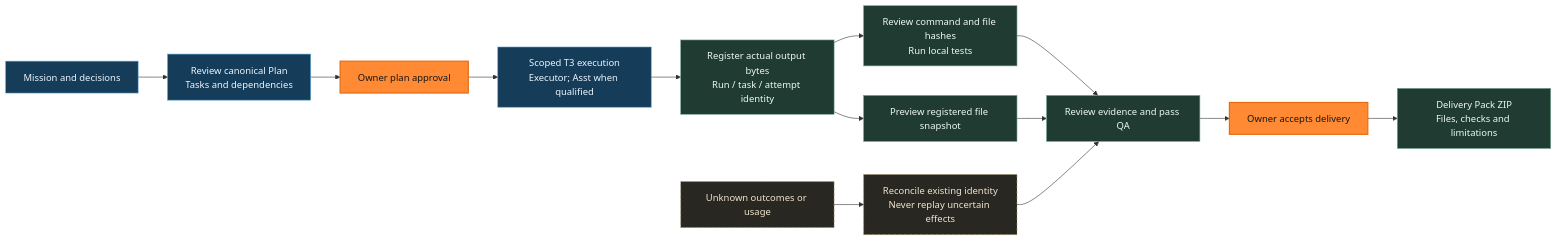
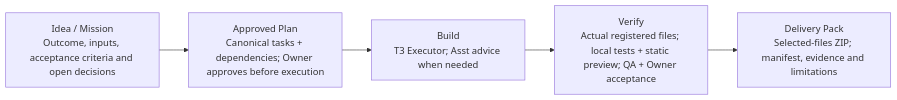
Before and after one commit to siriponsri/forge-agents: the diagram in docs/media/software-delivery.mmd, drawn with Mermaid. The commit also changed 70 other files, not shown here.

Commit message:
docs: add editorial horizontal workflow and architecture diagrams

```diff
--- a/docs/media/software-delivery.mmd
+++ b/docs/media/software-delivery.mmd
@@ -1,21 +1,11 @@
+%% Semantic source only. Editorial layout: tools/readme-media/diagrams.mjs.
+%% Exactly five stages; file/test/preview/acceptance detail belongs inside Verify.
 flowchart LR
-  Brief[Mission and decisions] --> Plan[Review canonical Plan<br/>Tasks and dependencies]
-  Plan --> Approve[Owner plan approval]
-  Approve --> Execute[Scoped T3 execution<br/>Executor; Asst when qualified]
-  Execute --> Register[Register actual output bytes<br/>Run / task / attempt identity]
-  Register --> Test[Review command and file hashes<br/>Run local tests]
-  Register --> Preview[Preview registered file snapshot]
-  Test --> QA[Review evidence and pass QA]
-  Preview --> QA
-  QA --> Owner[Owner accepts delivery]
-  Owner --> ZIP[Delivery Pack ZIP<br/>Files, checks and limitations]
-  Unknown[Unknown outcomes or usage] --> Reconcile[Reconcile existing identity<br/>Never replay uncertain effects]
-  Reconcile --> QA
-  classDef owner fill:#ff8a33,color:#171717,stroke:#e46c14,stroke-width:2px;
-  classDef work fill:#153c58,color:#edf6ff,stroke:#4f9bcc;
-  classDef evidence fill:#203b32,color:#edf9f2,stroke:#76a88e;
-  classDef unknown fill:#292722,color:#efe5cd,stroke:#ad9666,stroke-dasharray:5 4;
-  class Approve,Owner owner;
-  class Brief,Plan,Execute work;
-  class Register,Test,Preview,QA,ZIP evidence;
-  class Unknown,Reconcile unknown;
+  Idea["Idea / Mission<br/>Outcome, inputs, acceptance criteria and open decisions"]
+  Plan["Approved Plan<br/>Canonical tasks + dependencies; Owner approves before execution"]
+  Build["Build<br/>T3 Executor; Asst advice when needed"]
+  Verify["Verify<br/>Actual registered files; local tests + static preview; QA + Owner acceptance"]
+  Pack["Delivery Pack<br/>Selected-files ZIP; manifest, evidence and limitations"]
+  Idea --> Plan --> Build --> Verify --> Pack
+%% Preview scope: registered immutable static files, not arbitrary app execution.
+%% Unknown outcomes are reconciled by existing identity, never replayed.
```
